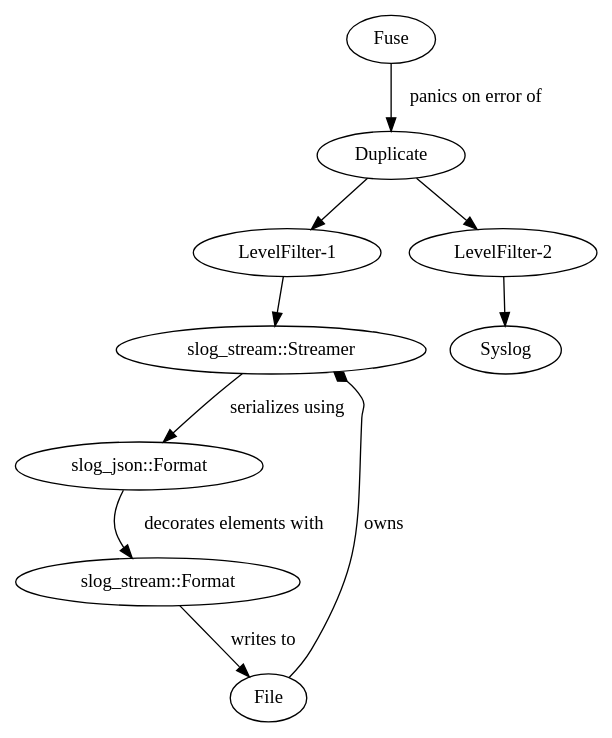
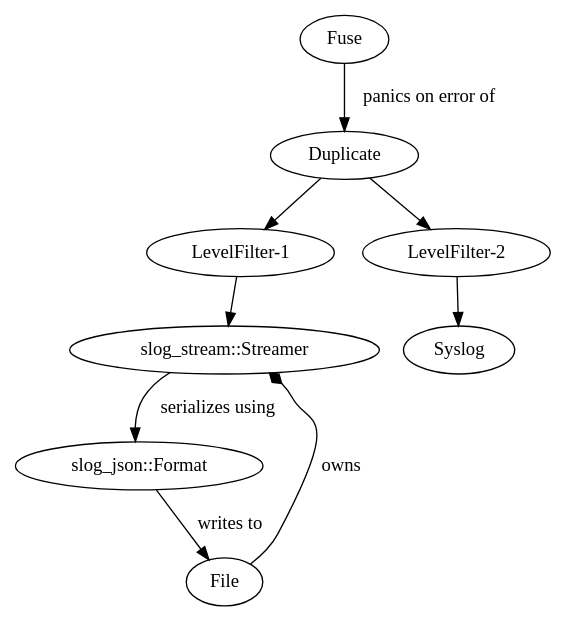
The diagram in examples/drain-graph.dot (slog-rs/slog), drawn with Graphviz before and after one commit.

Commit message:
fix(docs): Simplify the graph

```diff
--- a/examples/drain-graph.dot
+++ b/examples/drain-graph.dot
@@ -1,11 +1,10 @@
 digraph G {
 	Fuse -> Duplicate [ label="panics on error of" ]
 	Duplicate -> "LevelFilter-1";
 	Duplicate -> "LevelFilter-2";
 	"LevelFilter-1" -> "slog_stream::Streamer";
 	"LevelFilter-2" -> Syslog;
 	File -> "slog_stream::Streamer" [arrowhead =diamond, label = "owns"];
 	"slog_stream::Streamer" -> "slog_json::Format" [label = "serializes using"];
-	"slog_json::Format" -> "slog_stream::Format" [label = "decorates elements with"];
-	"slog_stream::Format" -> File [label = "writes to"];
+	"slog_json::Format" -> "File" [label = "writes to"];
 }
```
